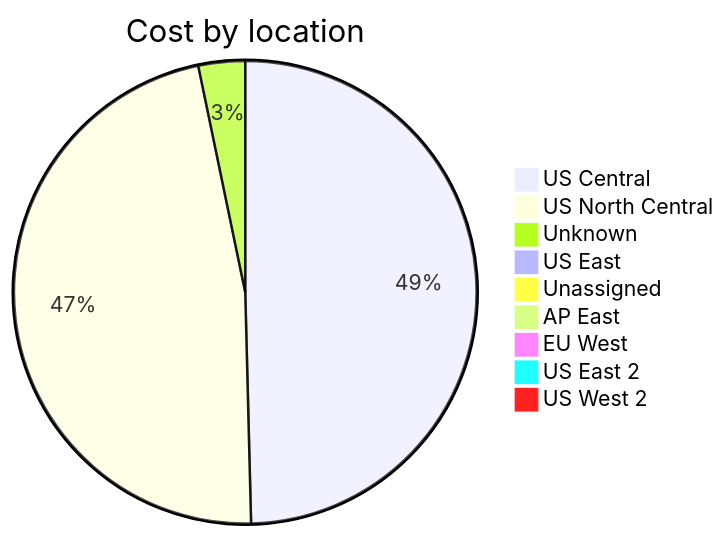
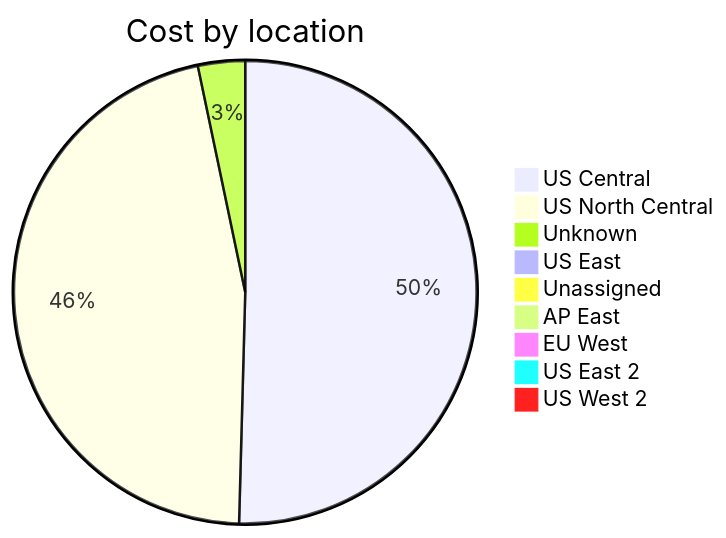
Before and after one commit to jpfulton/azure-personal-reports: the third of 4 diagrams in cost-reports/accumulated-cost.md, drawn with Mermaid. The commit also changed other lines of this file and 4 other files, not shown here.

````diff
--- a/cost-reports/accumulated-cost.md
+++ b/cost-reports/accumulated-cost.md
@@ -131,13 +131,13 @@
 ```mermaid
 pie
    title Cost by location
-   "US Central" : 16.59
+   "US Central" : 17.18
    "US North Central" : 15.77
-   "Unknown" : 1.09
-   "US East" : 0.27
+   "Unknown" : 1.12
+   "US East" : 0.28
    "Unassigned" : 0.10
    "AP East" : 0.00
    "EU West" : 0.00
    "US East 2" : 0.00
    "US West 2" : 0.00
 ```
````
